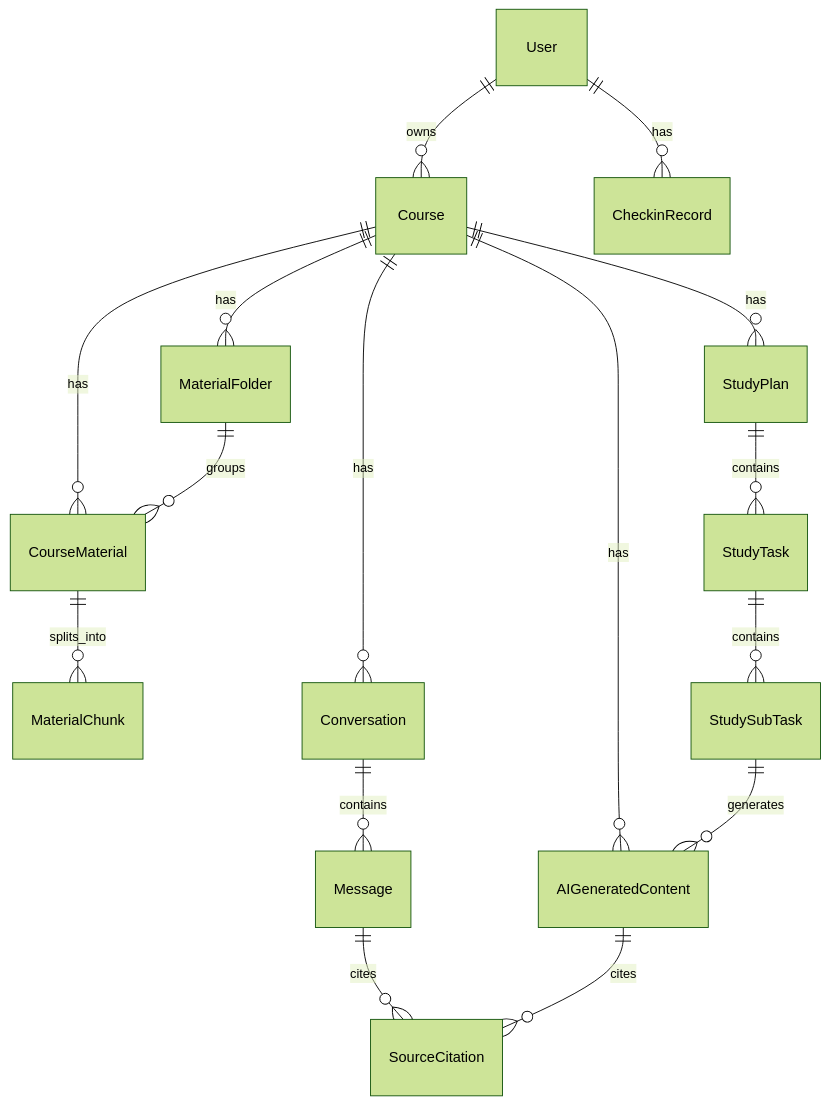
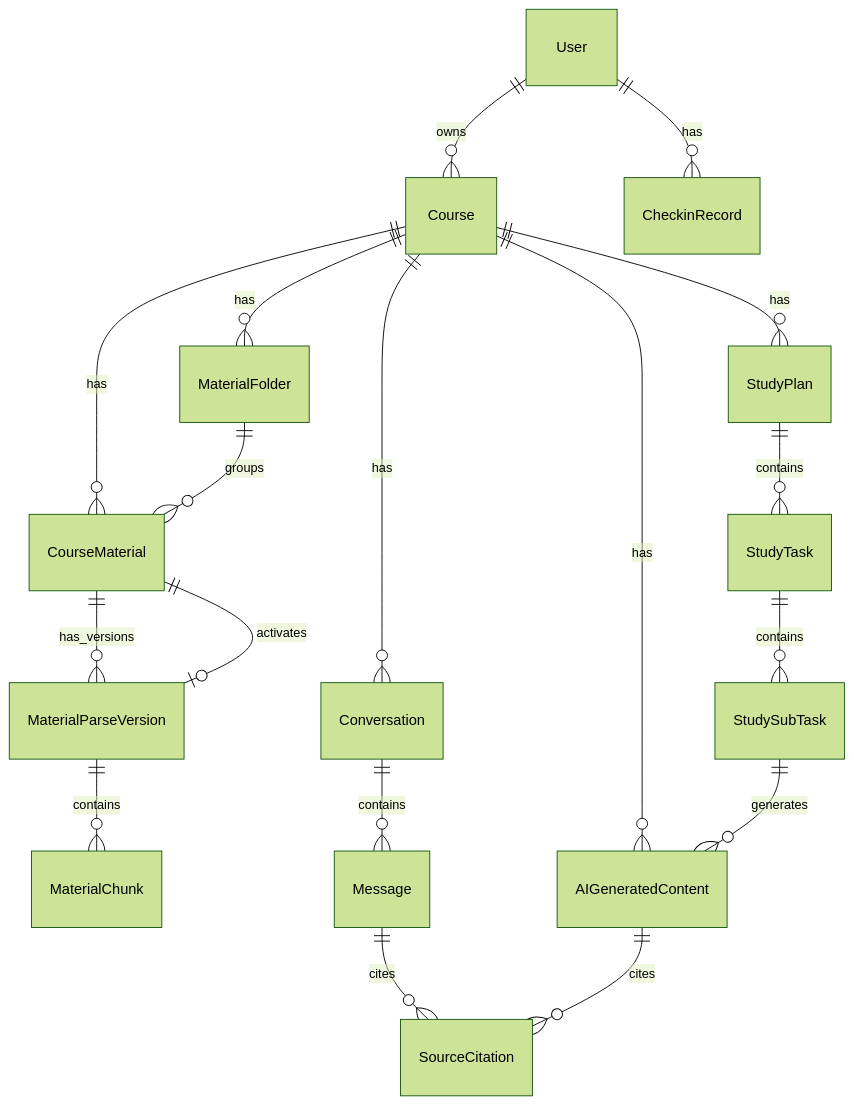
The diagram in docs/api-data/data-model.md (cyruan815/CourseNexus), drawn with Mermaid (forest theme) before and after one commit. The commit also changed other lines of this file and 1 other file, not shown here.

````diff
--- a/docs/api-data/data-model.md
+++ b/docs/api-data/data-model.md
@@ -48,18 +49,20 @@
 ```mermaid
 erDiagram
   User ||--o{ Course : owns
   User ||--o{ CheckinRecord : has
   Course ||--o{ MaterialFolder : has
   Course ||--o{ CourseMaterial : has
   MaterialFolder ||--o{ CourseMaterial : groups
-  CourseMaterial ||--o{ MaterialChunk : splits_into
+  CourseMaterial ||--o{ MaterialParseVersion : has_versions
+  CourseMaterial ||--o| MaterialParseVersion : activates
+  MaterialParseVersion ||--o{ MaterialChunk : contains
   Course ||--o{ Conversation : has
   Conversation ||--o{ Message : contains
   Message ||--o{ SourceCitation : cites
   Course ||--o{ AIGeneratedContent : has
   AIGeneratedContent ||--o{ SourceCitation : cites
   Course ||--o{ StudyPlan : has
   StudyPlan ||--o{ StudyTask : contains
   StudyTask ||--o{ StudySubTask : contains
   StudySubTask ||--o{ AIGeneratedContent : generates
 ```
````
